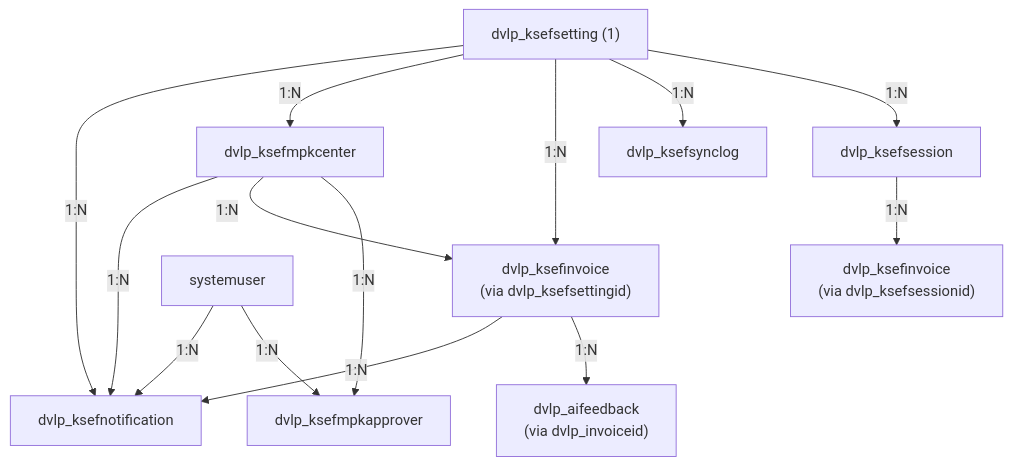
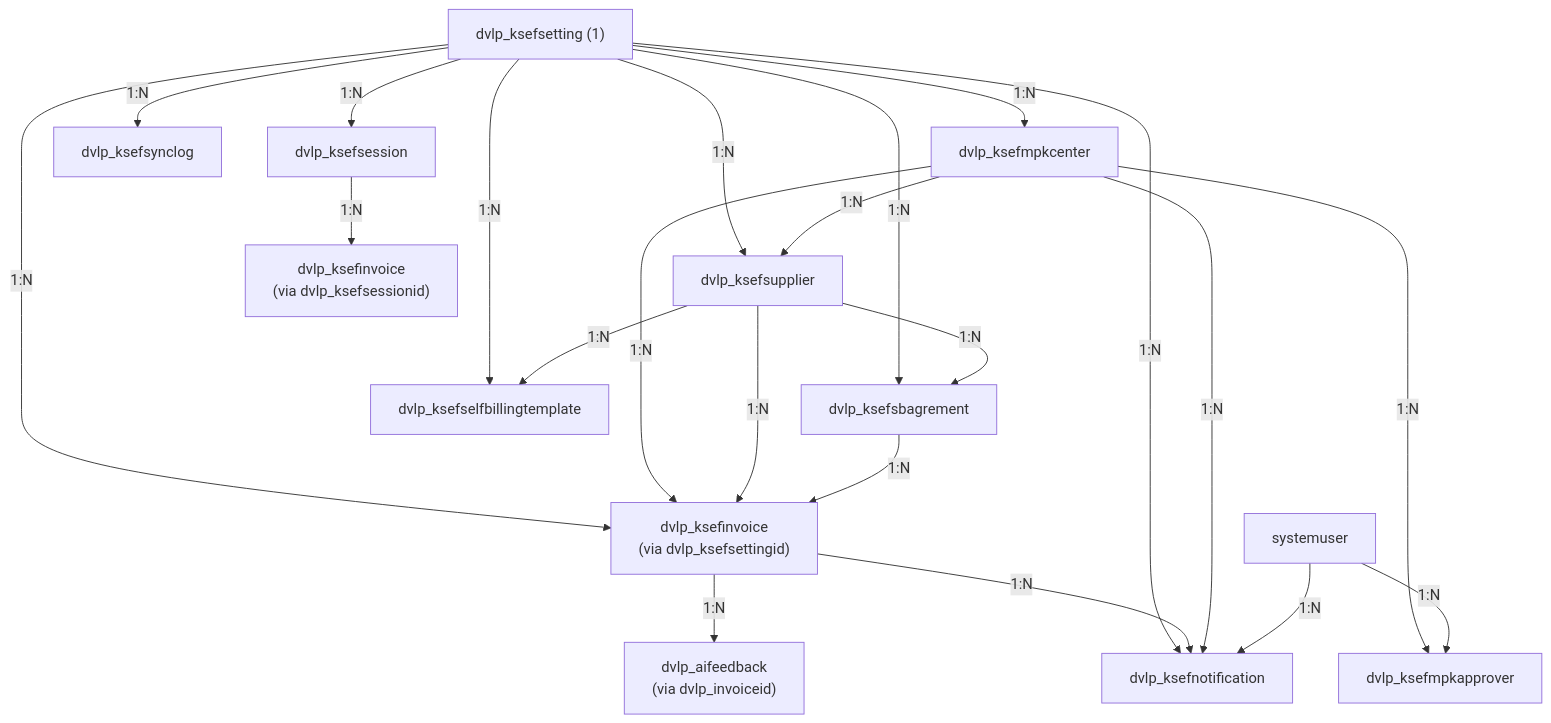
The second of 2 diagrams in docs/pl/DATAVERSE_SCHEMAT.md (Developico/KSeF-Copilot), drawn with Mermaid before and after one commit. The commit also changed other lines of this file and 281 other files, not shown here.

````diff
--- a/docs/pl/DATAVERSE_SCHEMAT.md
+++ b/docs/pl/DATAVERSE_SCHEMAT.md
@@ -1065,16 +1377,24 @@
 ```mermaid
 graph TD
     Setting["dvlp_ksefsetting (1)"] -->|1:N| Session["dvlp_ksefsession"]
     Setting -->|1:N| SyncLog["dvlp_ksefsynclog"]
     Setting -->|1:N| Invoice1["dvlp_ksefinvoice<br/>(via dvlp_ksefsettingid)"]
     Setting -->|1:N| MpkCenter["dvlp_ksefmpkcenter"]
     Setting -->|1:N| Notification["dvlp_ksefnotification"]
+    Setting -->|1:N| Supplier["dvlp_ksefsupplier"]
+    Setting -->|1:N| SbAgreement["dvlp_ksefsbagrement"]
+    Setting -->|1:N| SbTemplate["dvlp_ksefselfbillingtemplate"]
     Session -->|1:N| Invoice2["dvlp_ksefinvoice<br/>(via dvlp_ksefsessionid)"]
     Invoice1 -->|1:N| Feedback["dvlp_aifeedback<br/>(via dvlp_invoiceid)"]
     Invoice1 -->|1:N| Notification
     MpkCenter -->|1:N| Approver["dvlp_ksefmpkapprover"]
     MpkCenter -->|1:N| Invoice1
     MpkCenter -->|1:N| Notification
+    MpkCenter -->|1:N| Supplier
+    Supplier -->|1:N| SbAgreement
+    Supplier -->|1:N| SbTemplate
+    Supplier -->|1:N| Invoice1
+    SbAgreement -->|1:N| Invoice1
     SystemUser["systemuser"] -->|1:N| Approver
     SystemUser -->|1:N| Notification
 ```
````
